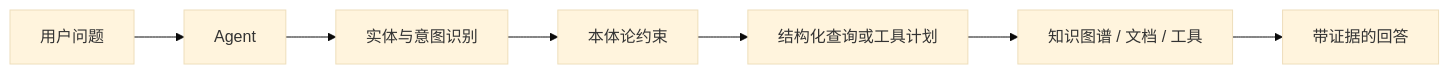
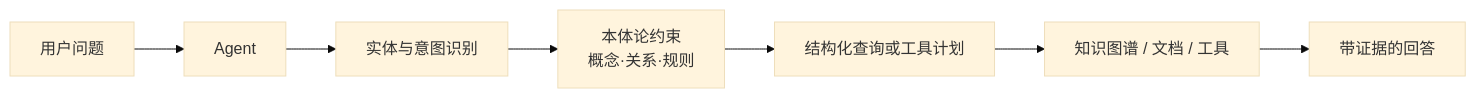
One commit to sealzrt/2026-08--agent changed the second of 2 diagrams in 本体论-agent/01-概念基础/01.为什么Agent需要本体论.md. Above: the diagram before and after it, drawn with Mermaid (base theme). The commit also changed other lines of this file and 62 other files, not shown here.

````diff
--- a/本体论-agent/01-概念基础/01.为什么Agent需要本体论.md
+++ b/本体论-agent/01-概念基础/01.为什么Agent需要本体论.md
@@ -28,9 +49,9 @@
 ```mermaid
 flowchart LR
     U[用户问题] --> A[Agent]
     A --> E[实体与意图识别]
-    E --> O[本体论约束]
+    E --> O[本体论约束<br/>概念·关系·规则]
     O --> Q[结构化查询或工具计划]
     Q --> K[知识图谱 / 文档 / 工具]
     K --> R[带证据的回答]
 ```
````
